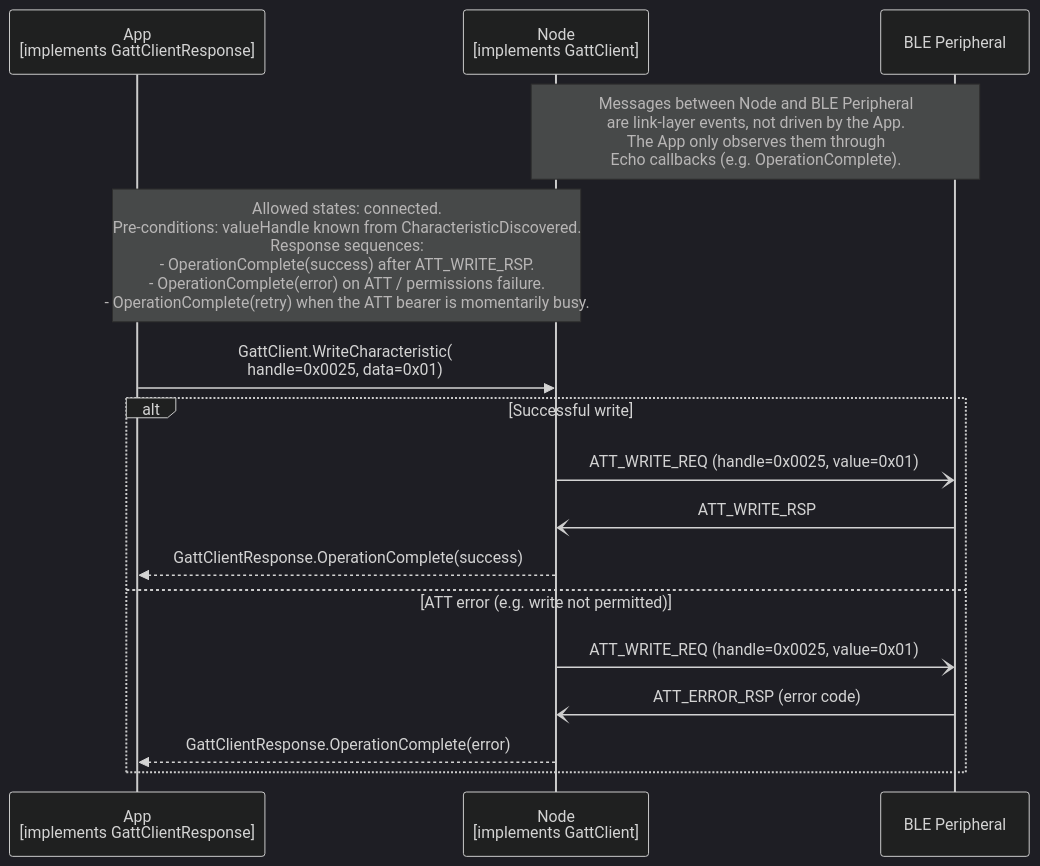
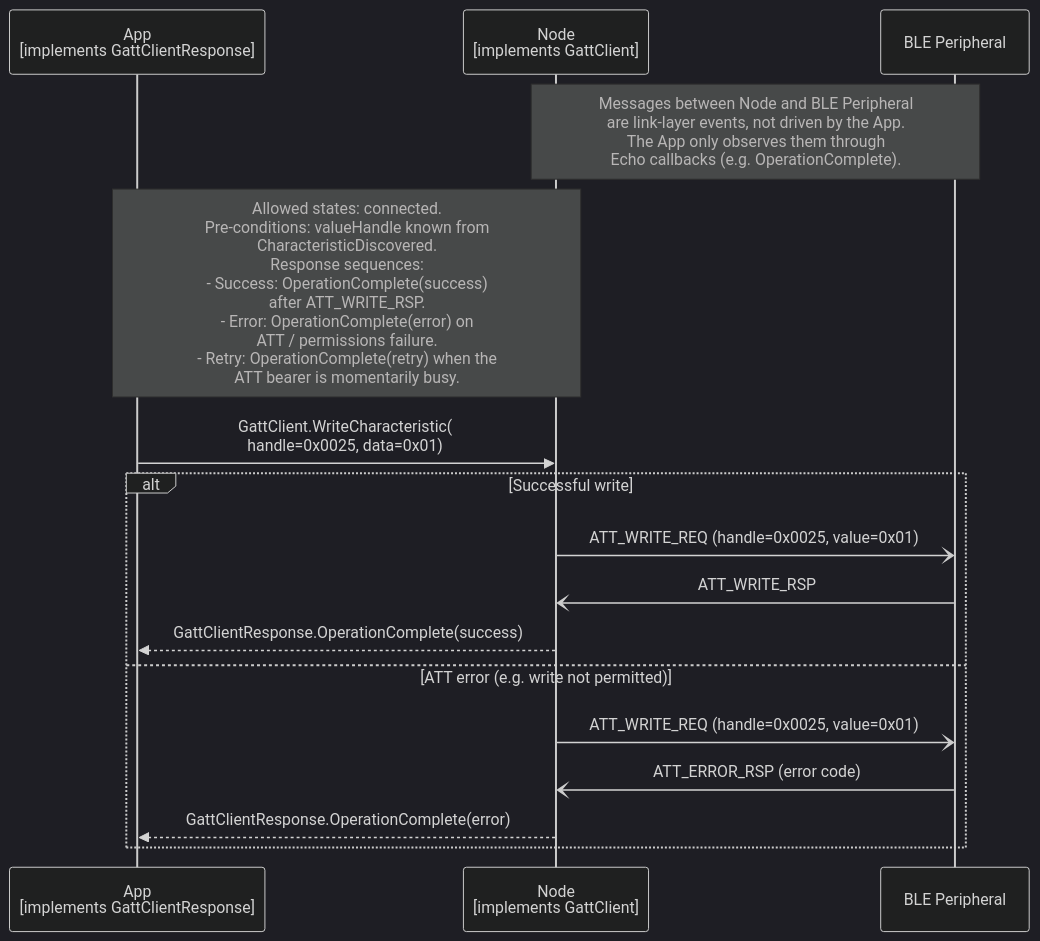
The diagram in documents/modules/ROOT/partials/echoservices/gatt_client/GattClient_WriteCharacteristic_sequence.mmd (philips-software/amp-embedded-infra-lib), drawn with Mermaid (dark theme) before and after one commit. The commit also changed 12 other files, not shown here.

```diff
--- a/documents/modules/ROOT/partials/echoservices/gatt_client/GattClient_WriteCharacteristic_sequence.mmd
+++ b/documents/modules/ROOT/partials/echoservices/gatt_client/GattClient_WriteCharacteristic_sequence.mmd
@@ -1,19 +1,19 @@
 sequenceDiagram
     participant App as App<br>[implements GattClientResponse]
     participant Node as Node<br>[implements GattClient]
     participant Peripheral as BLE Peripheral
 
     Note over Node, Peripheral: Messages between Node and BLE Peripheral<br>are link-layer events, not driven by the App.<br>The App only observes them through<br>Echo callbacks (e.g. OperationComplete).
-    Note over App, Node: Allowed states: connected.<br>Pre-conditions: valueHandle known from CharacteristicDiscovered.<br>Response sequences:<br>- OperationComplete(success) after ATT_WRITE_RSP.<br>- OperationComplete(error) on ATT / permissions failure.<br>- OperationComplete(retry) when the ATT bearer is momentarily busy.
+    Note over App, Node: Allowed states: connected.<br>Pre-conditions: valueHandle known from<br>CharacteristicDiscovered.<br>Response sequences:<br>- Success: OperationComplete(success)<br>  after ATT_WRITE_RSP.<br>- Error: OperationComplete(error) on<br>  ATT / permissions failure.<br>- Retry: OperationComplete(retry) when the<br>  ATT bearer is momentarily busy.
 
     App->>Node: GattClient.WriteCharacteristic(<br>handle=0x0025, data=0x01)
 
     alt Successful write
         Node-)Peripheral: ATT_WRITE_REQ (handle=0x0025, value=0x01)
         Peripheral-)Node: ATT_WRITE_RSP
         Node-->>App: GattClientResponse.OperationComplete(success)
     else ATT error (e.g. write not permitted)
         Node-)Peripheral: ATT_WRITE_REQ (handle=0x0025, value=0x01)
         Peripheral-)Node: ATT_ERROR_RSP (error code)
         Node-->>App: GattClientResponse.OperationComplete(error)
     end
```
